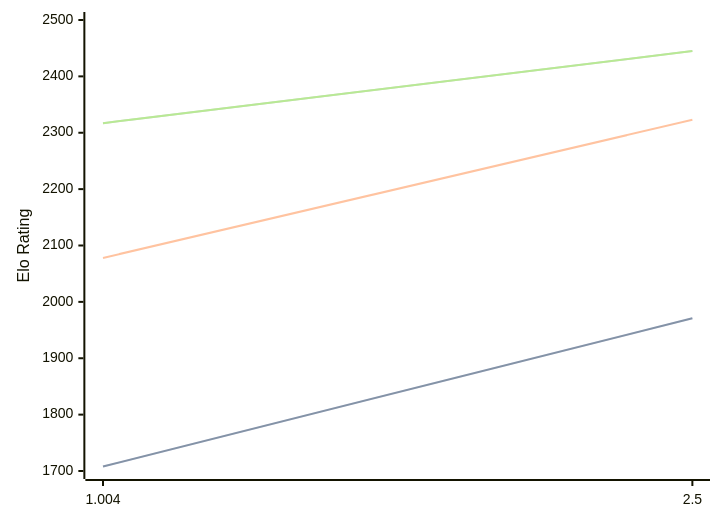
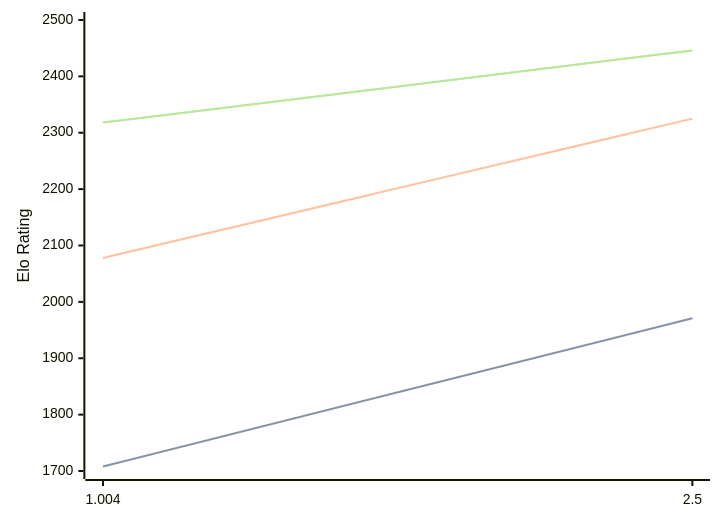
The diagram in engines/Ares.md (computer-chess-index/cci), drawn with Mermaid before and after one commit. The commit also changed other lines of this file, not shown here.

Commit message:
Update CCI Ratings (ELO VLTC) - 2026-09-07

````diff
--- a/engines/Ares.md
+++ b/engines/Ares.md
@@ -32,11 +32,11 @@
 ```mermaid
 %%{init: {"theme":"base","themeVariables":{"seriesColors:['#a3a3a3','#222221','#faa371']}}}%%
 xychart-beta
   x-axis ["1.004", "2.5"]
   y-axis "Elo Rating" 1700 --> 2500
   line "" [1708, 1971]
   line "STC (8.0+0.08s)" [1708, 1971]
-  line "LTC (60.0+0.60s)" [2078, 2323]
-  line "" [2317, 2445]
-  line "VLTC (2m24s+1.12s)" [2317, 2445]
+  line "LTC (60.0+0.60s)" [2078, 2325]
+  line "" [2318, 2446]
+  line "VLTC (2m24s+1.12s)" [2318, 2446]
 ```
````
